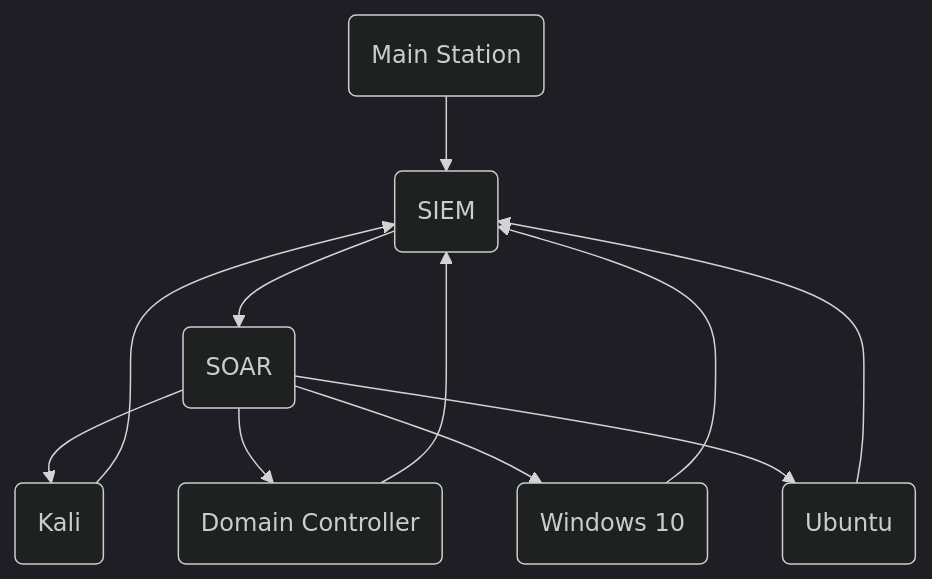
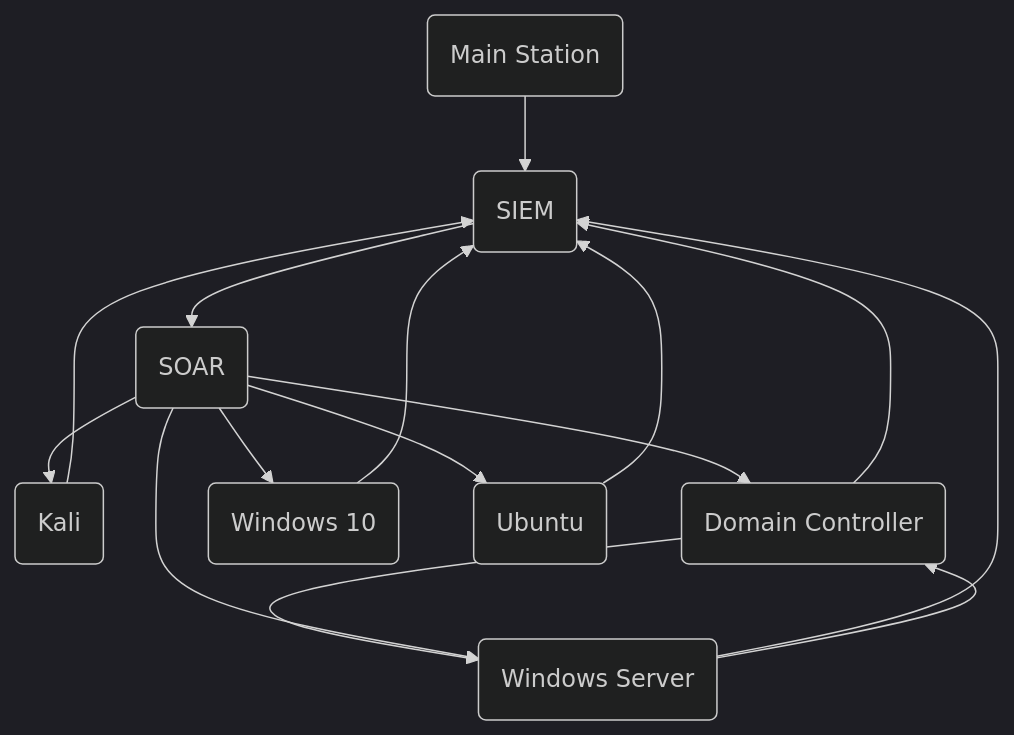
Before and after one commit to C-M-P-C/C-M-P-C: the diagram in README.md, drawn with Mermaid (dark theme). The commit also changed other lines of this file, not shown here.

````diff
--- a/README.md
+++ b/README.md
@@ -12,13 +39,17 @@
 ```mermaid
 flowchart TD
   A("Main Station") --> B("SIEM")
     D("Kali") --> B
     E("Domain Controller") --> B
     F("Windows 10") --> B
     H("Ubuntu") --> B
+    I("Windows Server") --> B
     B --> G("SOAR")
+    E --> I
+    I --> E
     G --> D
     G --> E
     G --> F
     G --> H
+    G --> I
 ```
````
